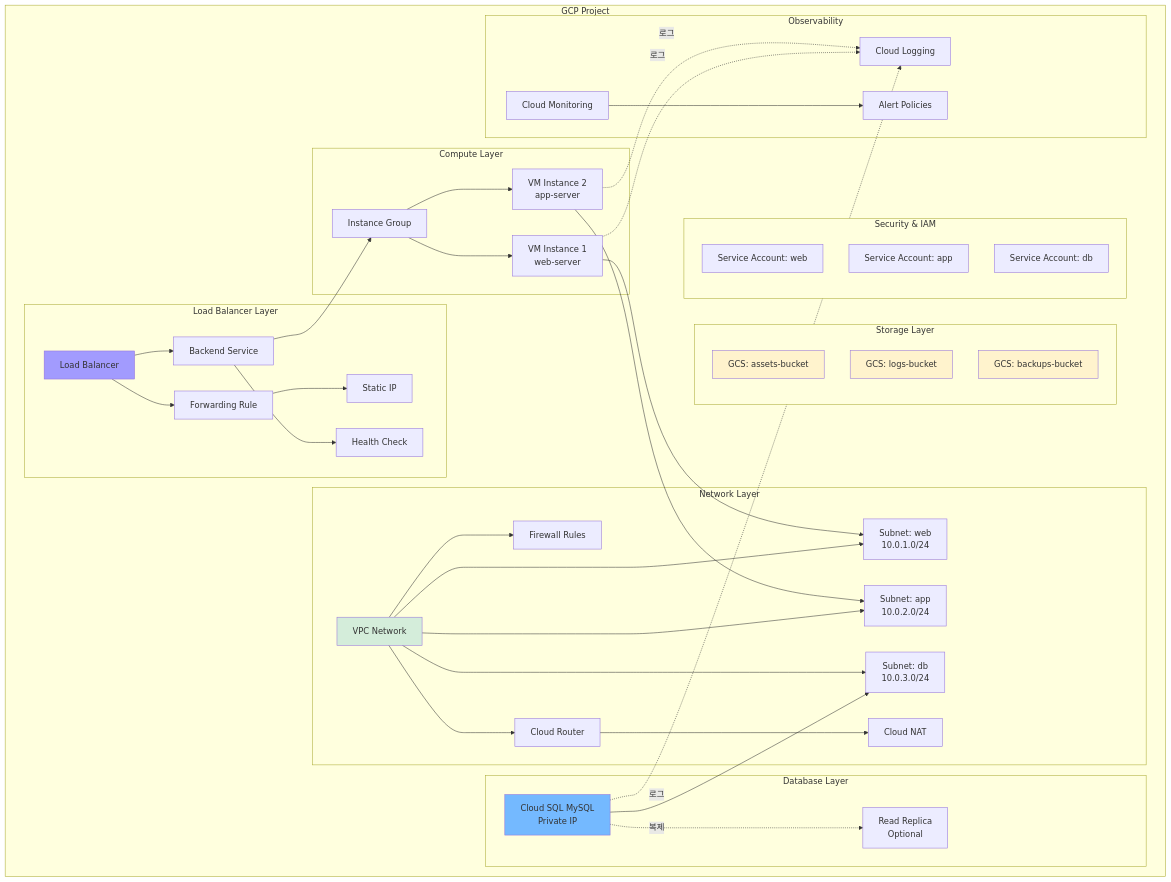
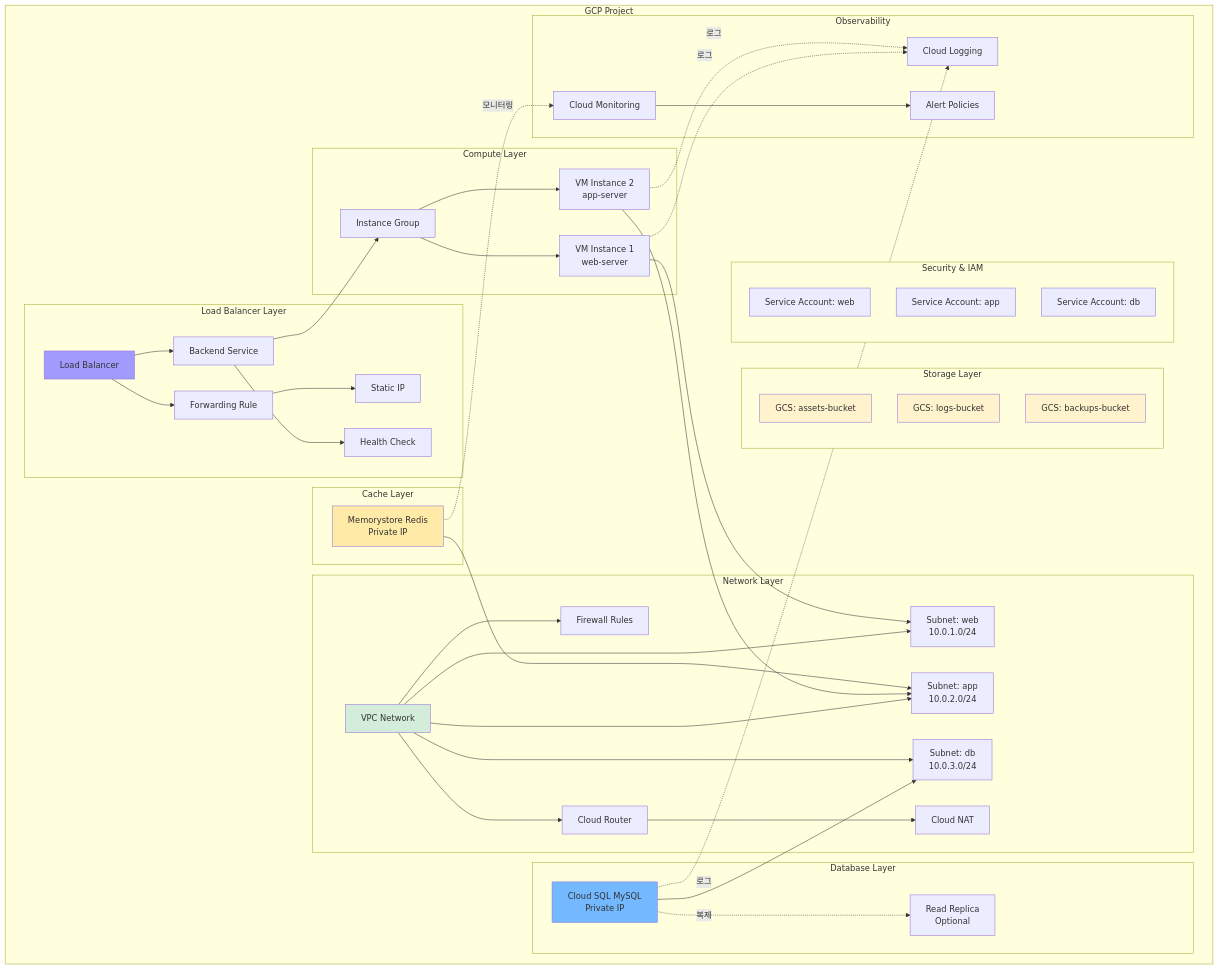
The fifth of 9 diagrams in terraform_gcp_infra/ARCHITECTURE.md (JSJ2337/GCP_terraform_code), drawn with Mermaid before and after one commit. The commit also changed other lines of this file and 17 other files, not shown here.

Commit message:
feat: add memorystore redis template

```diff
--- a/terraform_gcp_infra/ARCHITECTURE.md
+++ b/terraform_gcp_infra/ARCHITECTURE.md
@@ -277,6 +291,12 @@
             SQL -.복제.-> REPLICA
         end
 
+        subgraph "Cache Layer"
+            REDIS[Memorystore Redis<br/>Private IP]
+        end
+
+        REDIS --> SUBNET2
+
         subgraph "Load Balancer Layer"
             LB[Load Balancer]
             HC[Health Check]
@@ -307,10 +327,12 @@
     VM1 -.로그.-> LOG
     VM2 -.로그.-> LOG
     SQL -.로그.-> LOG
+    REDIS -.모니터링.-> MON
     MON --> ALERT
 
     style VPC fill:#d4edda
     style SQL fill:#74b9ff
+    style REDIS fill:#ffeaa7
     style LB fill:#a29bfe
     style GCS1 fill:#fff3cd
     style GCS2 fill:#fff3cd
```
